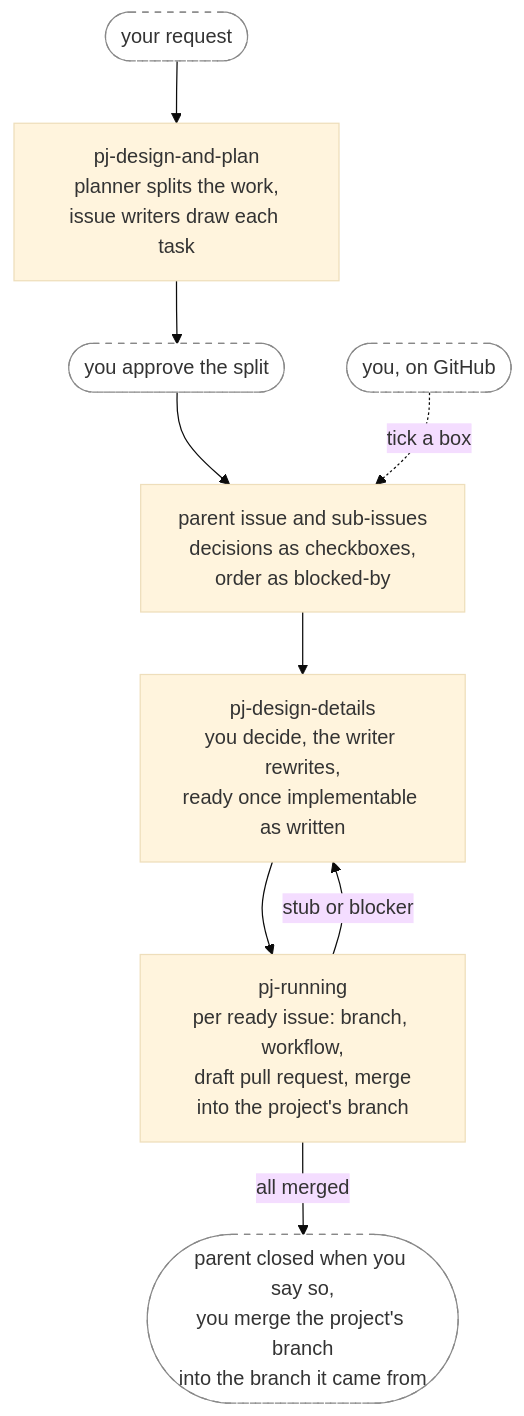
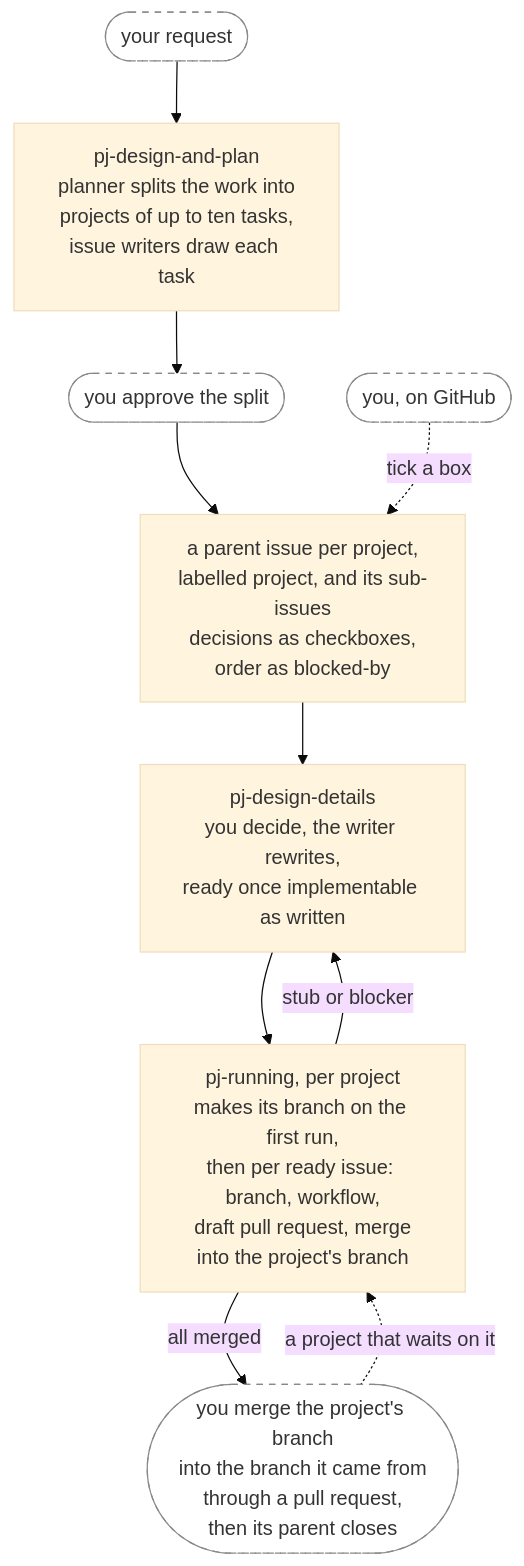
One commit to annetaan/claude-plugins changed the second of 3 diagrams in plugins/annetaan/README.md. Above: the diagram before and after it, drawn with Mermaid (base theme). The commit also changed other lines of this file and 10 other files, not shown here.

First line of the commit message:
feat: split pj work into projects of up to ten tasks (#12)

````diff
--- a/plugins/annetaan/README.md
+++ b/plugins/annetaan/README.md
@@ -131,14 +141,15 @@
 ```mermaid
 flowchart TD
-    req(["your request"]) --> plan["pj-design-and-plan<br/>planner splits the work,<br/>issue writers draw each task"]
-    plan --> approve(["you approve the split"]) --> filed["parent issue and sub-issues<br/>decisions as checkboxes,<br/>order as blocked-by"]
+    req(["your request"]) --> plan["pj-design-and-plan<br/>planner splits the work into<br/>projects of up to ten tasks,<br/>issue writers draw each task"]
+    plan --> approve(["you approve the split"]) --> filed["a parent issue per project,<br/>labelled project, and its sub-issues<br/>decisions as checkboxes,<br/>order as blocked-by"]
     filed --> details["pj-design-details<br/>you decide, the writer rewrites,<br/>ready once implementable as written"]
-    details --> run["pj-running<br/>per ready issue: branch, workflow,<br/>draft pull request, merge<br/>into the project's branch"]
+    details --> run["pj-running, per project<br/>makes its branch on the first run,<br/>then per ready issue: branch, workflow,<br/>draft pull request, merge<br/>into the project's branch"]
     run -->|"stub or blocker"| details
-    run -->|"all merged"| done(["parent closed when you say so,<br/>you merge the project's branch<br/>into the branch it came from"])
+    run -->|"all merged"| done(["you merge the project's branch<br/>into the branch it came from<br/>through a pull request,<br/>then its parent closes"])
+    done -.->|"a project that waits on it"| run
 
     you(["you, on GitHub"]) -.->|"tick a box"| filed
 
     classDef human fill:#fff,stroke:#888,stroke-dasharray: 5 5
     class req,approve,you,done human
 ```
````
